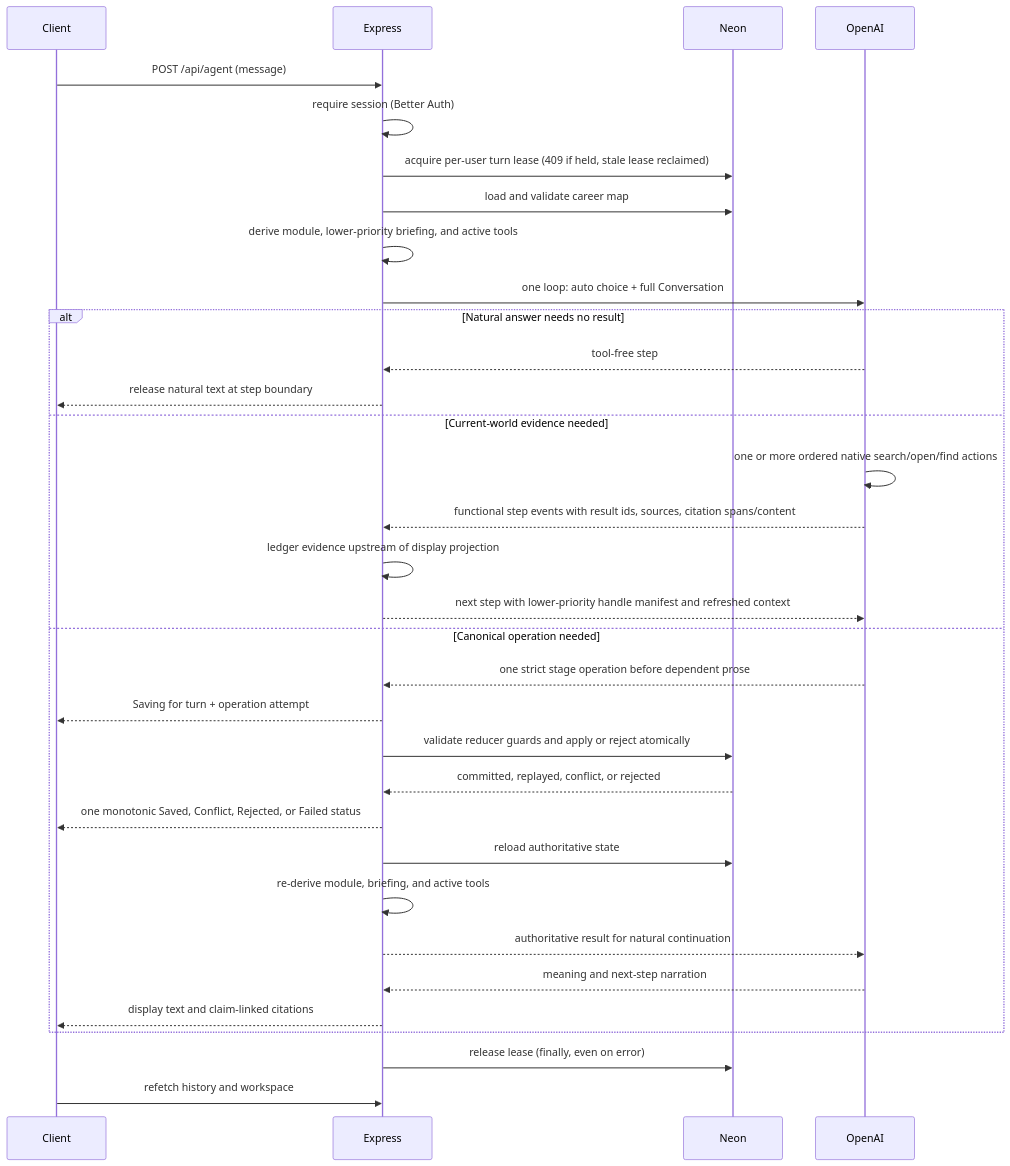
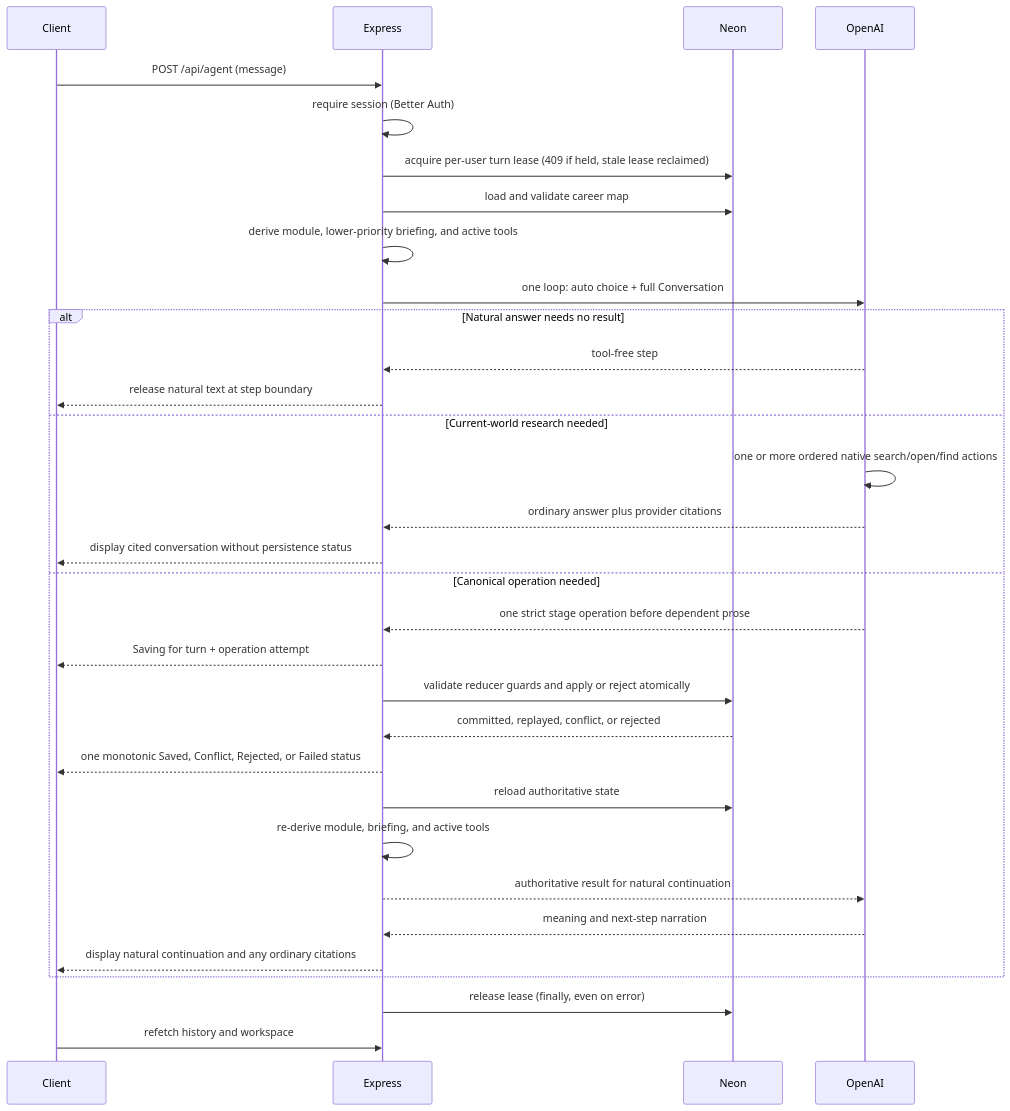
Before and after one commit to andres-monge/ikigai: the fourth of 5 diagrams in docs/plans/2026-08-14-claude-feat-revelio-revamp-plan.md, drawn with Mermaid. The commit also changed other lines of this file, not shown here.

Commit message:
docs: simplify Revelio research MVP contract

````diff
--- a/docs/plans/2026-08-14-claude-feat-revelio-revamp-plan.md
+++ b/docs/plans/2026-08-14-claude-feat-revelio-revamp-plan.md
@@ -337,35 +337,34 @@
 ```mermaid
 sequenceDiagram
   participant C as Client
   participant S as Express
   participant DB as Neon
   participant O as OpenAI
   C->>S: POST /api/agent (message)
   S->>S: require session (Better Auth)
   S->>DB: acquire per-user turn lease (409 if held, stale lease reclaimed)
   S->>DB: load and validate career map
   S->>S: derive module, lower-priority briefing, and active tools
   S->>O: one loop: auto choice + full Conversation
   alt Natural answer needs no result
     O-->>S: tool-free step
     S-->>C: release natural text at step boundary
-  else Current-world evidence needed
+  else Current-world research needed
     O->>O: one or more ordered native search/open/find actions
-    O-->>S: functional step events with result ids, sources, citation spans/content
-    S->>S: ledger evidence upstream of display projection
-    S-->>O: next step with lower-priority handle manifest and refreshed context
+    O-->>S: ordinary answer plus provider citations
+    S-->>C: display cited conversation without persistence status
   else Canonical operation needed
     O-->>S: one strict stage operation before dependent prose
     S-->>C: Saving for turn + operation attempt
     S->>DB: validate reducer guards and apply or reject atomically
     DB-->>S: committed, replayed, conflict, or rejected
     S-->>C: one monotonic Saved, Conflict, Rejected, or Failed status
     S->>DB: reload authoritative state
     S->>S: re-derive module, briefing, and active tools
     S-->>O: authoritative result for natural continuation
     O-->>S: meaning and next-step narration
-    S-->>C: display text and claim-linked citations
+    S-->>C: display natural continuation and any ordinary citations
   end
   S->>DB: release lease (finally, even on error)
   C->>S: refetch history and workspace
 ```
````
